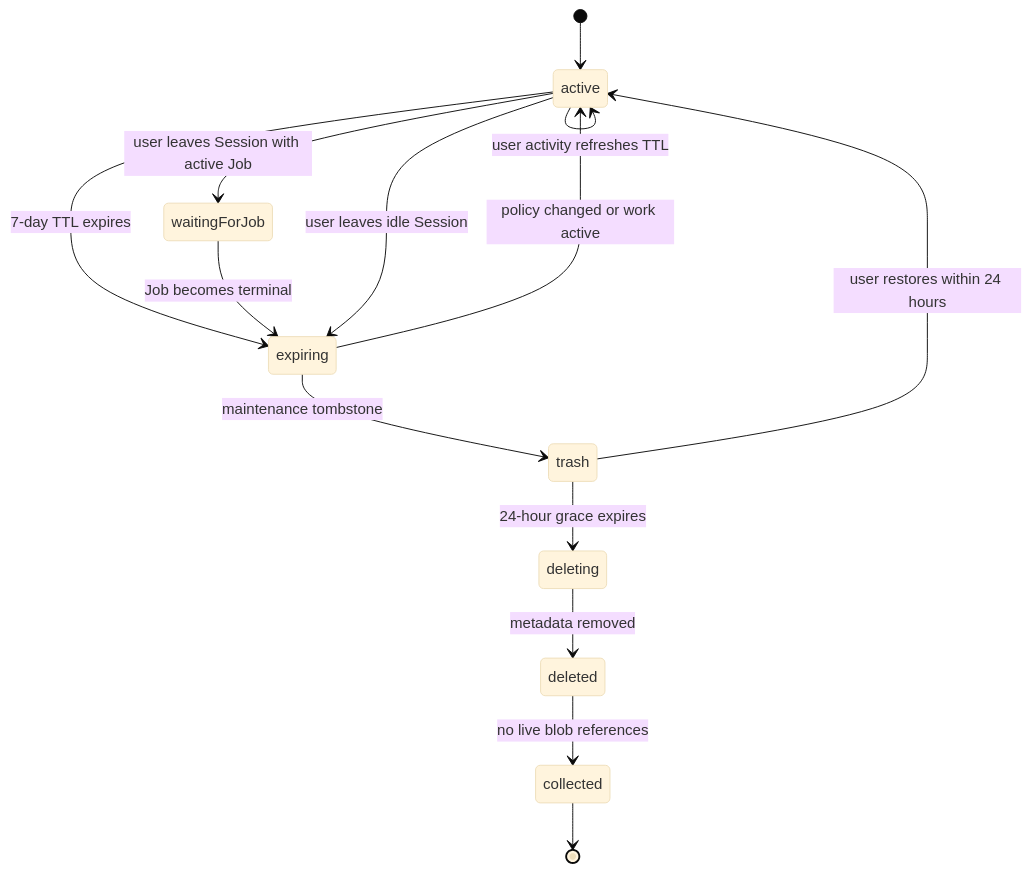
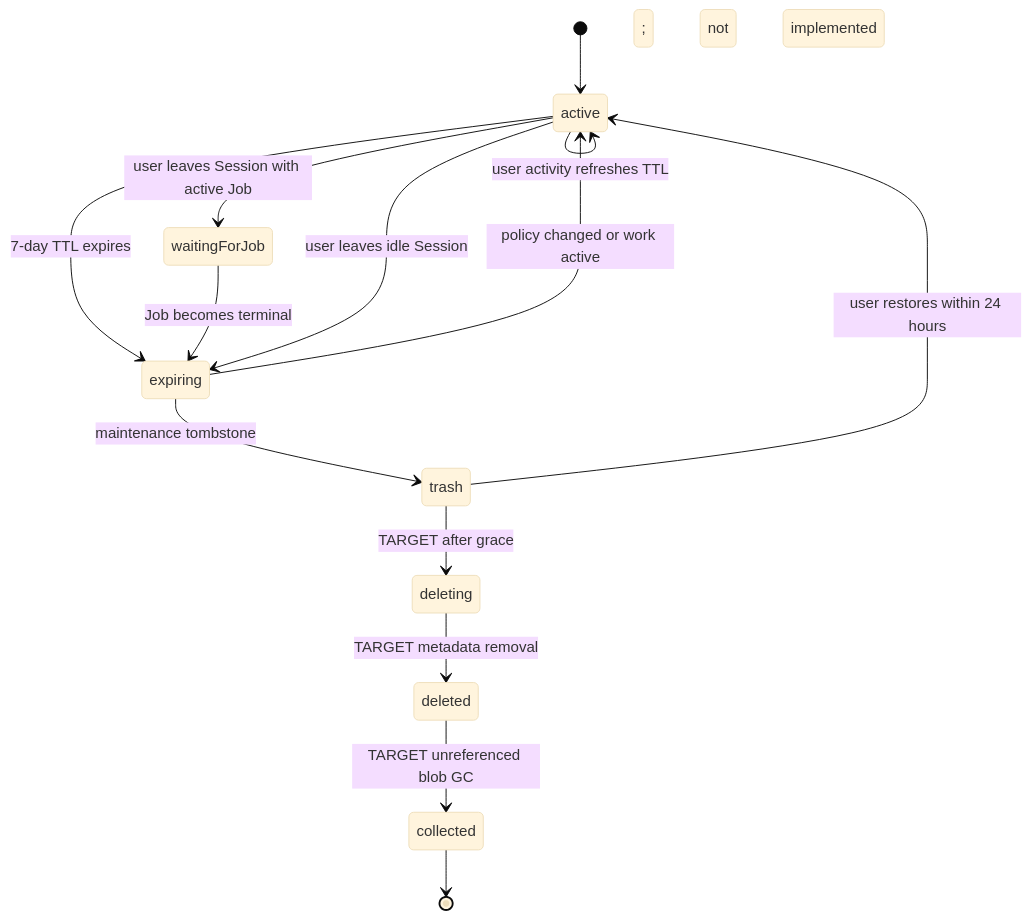
One commit to MattoYuzuru/Guanxi changed the diagram in docs/architecture/diagrams/retention-state.mmd. Above: the diagram before and after it, drawn with Mermaid (base theme). The commit also changed 10 other files, not shown here.

```diff
--- a/docs/architecture/diagrams/retention-state.mmd
+++ b/docs/architecture/diagrams/retention-state.mmd
@@ -1,14 +1,15 @@
 stateDiagram-v2
+    %% Current through P3-H ends at recoverable trash. Deleting/GC are accepted target only.
     [*] --> active
     active --> active: user activity refreshes TTL
     active --> expiring: 7-day TTL expires
     active --> waitingForJob: user leaves Session with active Job
     waitingForJob --> expiring: Job becomes terminal
     active --> expiring: user leaves idle Session
     expiring --> active: policy changed or work active
     expiring --> trash: maintenance tombstone
     trash --> active: user restores within 24 hours
-    trash --> deleting: 24-hour grace expires
-    deleting --> deleted: metadata removed
-    deleted --> collected: no live blob references
+    trash --> deleting: TARGET after grace; not implemented
+    deleting --> deleted: TARGET metadata removal
+    deleted --> collected: TARGET unreferenced blob GC
     collected --> [*]
```
